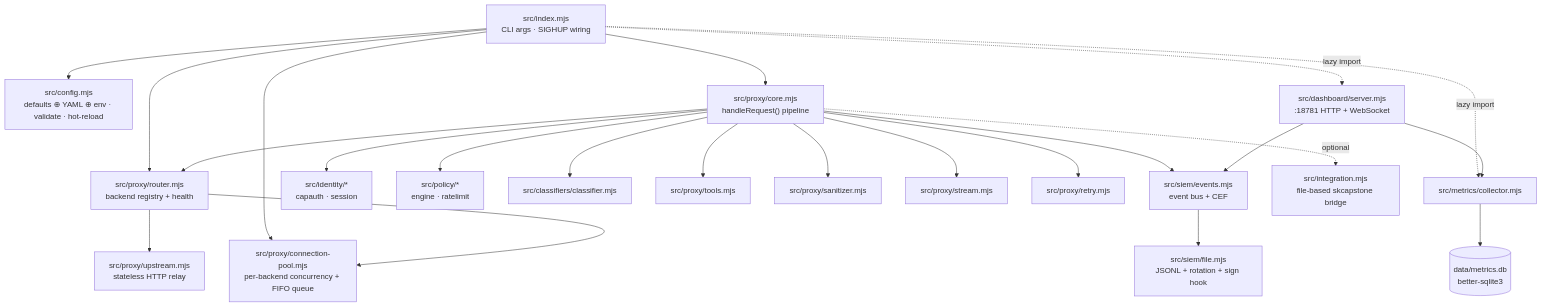
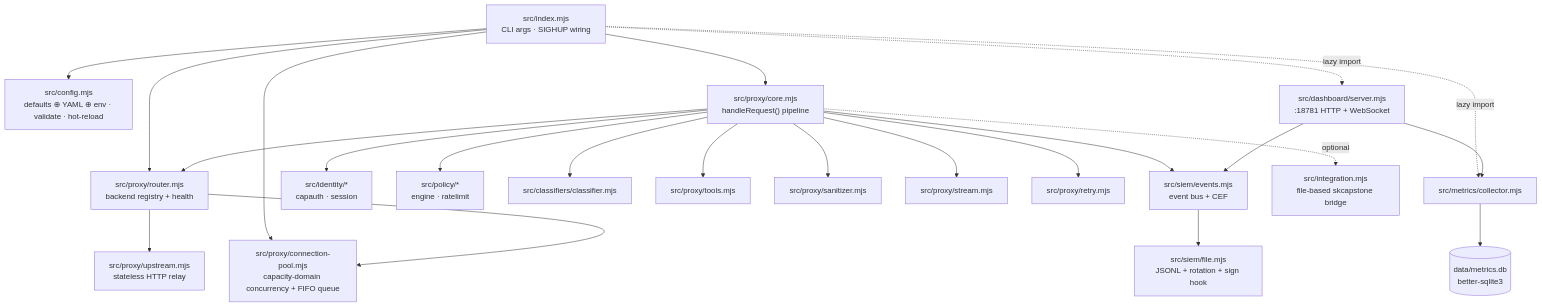
The first of 6 diagrams in docs/ARCHITECTURE.md (smilinTux/skgateway), drawn with Mermaid before and after one commit. The commit also changed other lines of this file and 16 other files, not shown here.

Commit message:
fix(pool): bind Qwen routes to shared capacity

````diff
--- a/docs/ARCHITECTURE.md
+++ b/docs/ARCHITECTURE.md
@@ -32,31 +32,31 @@
 ```mermaid
 flowchart TD
     CLI["src/index.mjs<br/>CLI args · SIGHUP wiring"]
     CFG["src/config.mjs<br/>defaults ⊕ YAML ⊕ env · validate · hot-reload"]
     CLI --> CFG
 
     CLI --> CORE["src/proxy/core.mjs<br/>handleRequest() pipeline"]
     CLI --> ROUTER["src/proxy/router.mjs<br/>backend registry + health"]
-    CLI --> POOL["src/proxy/connection-pool.mjs<br/>per-backend concurrency + FIFO queue"]
+    CLI --> POOL["src/proxy/connection-pool.mjs<br/>capacity-domain concurrency + FIFO queue"]
     CLI -. "lazy import" .-> METRICS["src/metrics/collector.mjs"]
     CLI -. "lazy import" .-> DASH["src/dashboard/server.mjs<br/>:18781 HTTP + WebSocket"]
 
     CORE --> ID["src/identity/*<br/>capauth · session"]
     CORE --> POL["src/policy/*<br/>engine · ratelimit"]
     CORE --> CLS["src/classifiers/classifier.mjs"]
     CORE --> TOOLS["src/proxy/tools.mjs"]
     CORE --> SAN["src/proxy/sanitizer.mjs"]
     CORE --> STREAM["src/proxy/stream.mjs"]
     CORE --> RETRY["src/proxy/retry.mjs"]
     CORE --> ROUTER
     ROUTER --> UP["src/proxy/upstream.mjs<br/>stateless HTTP relay"]
     ROUTER --> POOL
 
     CORE --> SIEM["src/siem/events.mjs<br/>event bus + CEF"]
     SIEM --> FILE["src/siem/file.mjs<br/>JSONL + rotation + sign hook"]
     METRICS --> SQLITE[("data/metrics.db<br/>better-sqlite3")]
     DASH --> METRICS
     DASH --> SIEM
 
     CORE -. "optional" .-> INTEG["src/integration.mjs<br/>file-based skcapstone bridge"]
 ```
````
